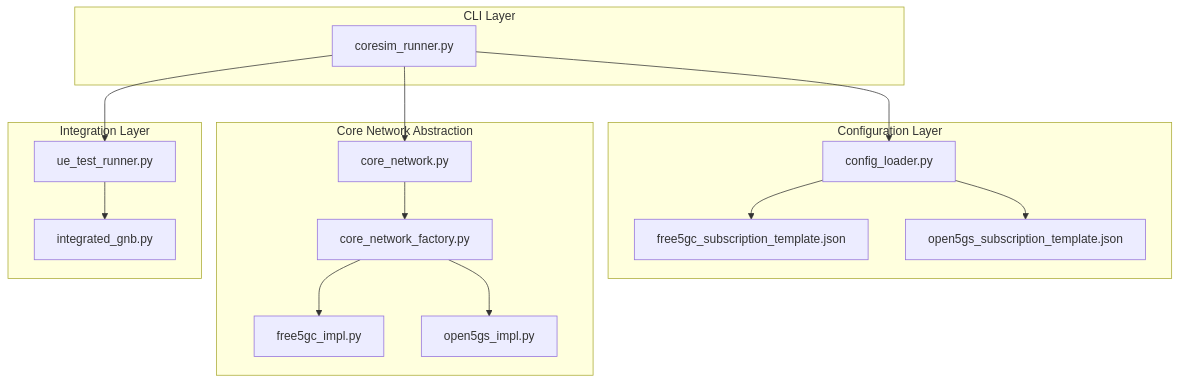
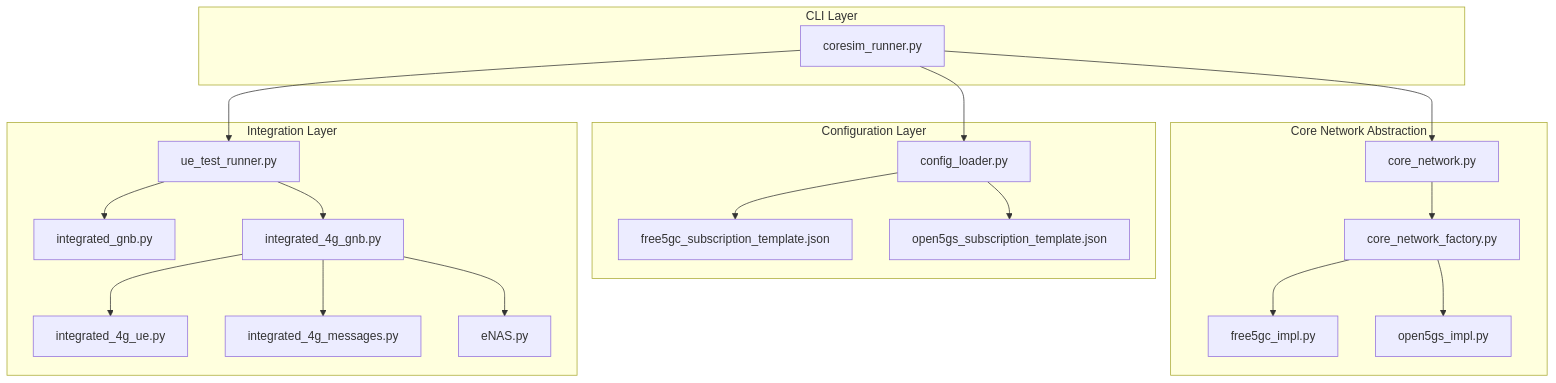
The second of 10 diagrams in .qoder/repowiki/en/content/Project Overview/Features Overview/Features Overview.md (hackeryounow/coresimrunner), drawn with Mermaid before and after one commit. The commit also changed other lines of this file and 6 other files, not shown here.

````diff
--- a/.qoder/repowiki/en/content/Project Overview/Features Overview/Features Overview.md
+++ b/.qoder/repowiki/en/content/Project Overview/Features Overview/Features Overview.md
@@ -135,30 +131,38 @@
 ```mermaid
 graph TB
 subgraph "CLI Layer"
 CLI["coresim_runner.py"]
 end
 subgraph "Configuration Layer"
 CL["config_loader.py"]
 F5GC_T["free5gc_subscription_template.json"]
 O5GS_T["open5gs_subscription_template.json"]
 end
 subgraph "Core Network Abstraction"
 CN_IF["core_network.py"]
 FACT["core_network_factory.py"]
 F5GC["free5gc_impl.py"]
 O5GS["open5gs_impl.py"]
 end
 subgraph "Integration Layer"
 UER["ue_test_runner.py"]
 IG["integrated_gnb.py"]
+I4G["integrated_4g_gnb.py"]
+END_USER["integrated_4g_ue.py"]
+END_MSG["integrated_4g_messages.py"]
+ENAS["eNAS.py"]
 end
 CLI --> CL
 CLI --> CN_IF
 CN_IF --> FACT
 FACT --> F5GC
 FACT --> O5GS
 CLI --> UER
 UER --> IG
+UER --> I4G
+I4G --> END_USER
+I4G --> END_MSG
+I4G --> ENAS
 CL --> F5GC_T
 CL --> O5GS_T
 ```
````
